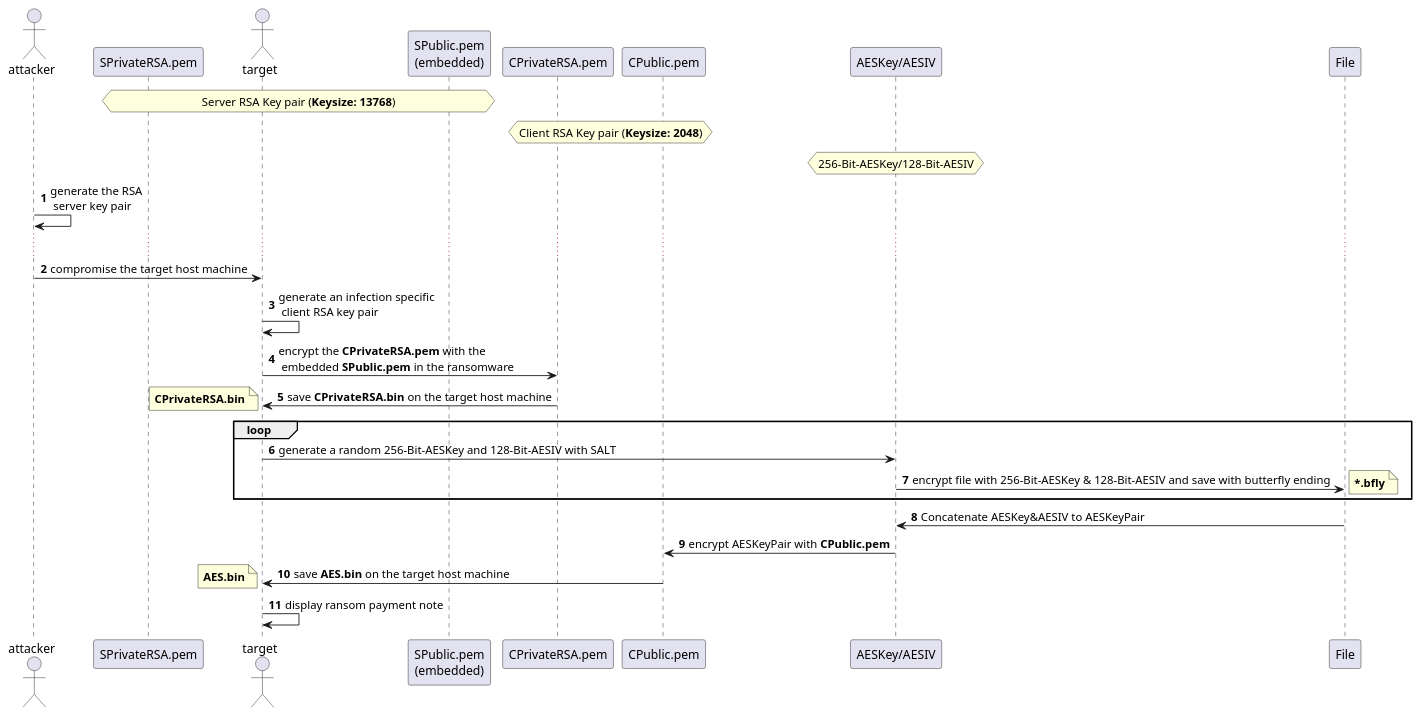
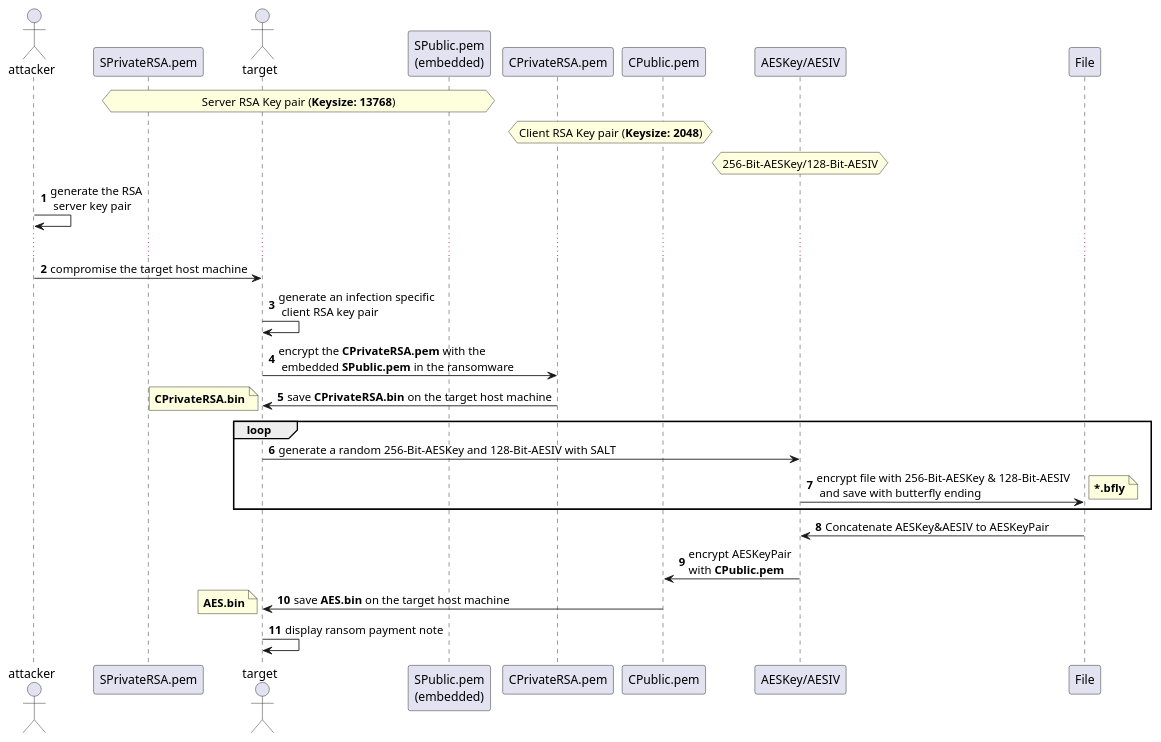
Before and after one commit to bierschi/butterfly: the diagram in architecture/sequence_diagrams/encryption.puml, drawn with PlantUML. The commit also changed 5 other files, not shown here.

Commit message:
Updated the architecture

```diff
--- a/architecture/sequence_diagrams/encryption.puml
+++ b/architecture/sequence_diagrams/encryption.puml
@@ -1,43 +1,43 @@
 @startuml
 'https://plantuml.com/sequence-diagram
 
 actor attacker
 participant SPrivateRSA.pem as SPrivate
 actor target
 participant "SPublic.pem\n(embedded)" as SPublic
 participant CPrivateRSA.pem as CPrivate
 participant CPublic.pem as CPublic
 participant "AESKey/AESIV" as AESKey
 participant File
 'participant AESKeySQL.sql as AESKeySQL
 
 autonumber
 hnote over SPrivate, SPublic: Server RSA Key pair (**Keysize: 13768**)
 hnote over CPrivate, CPublic: Client RSA Key pair (**Keysize: 2048**)
 hnote over AESKey: 256-Bit-AESKey/128-Bit-AESIV
 attacker -> attacker: generate the RSA\n server key pair
 ...
 attacker -> target: compromise the target host machine
 target -> target: generate an infection specific\n client RSA key pair
 target -> CPrivate: encrypt the **CPrivateRSA.pem** with the\n embedded **SPublic.pem** in the ransomware
 CPrivate -> target: save **CPrivateRSA.bin** on the target host machine
 note left: **CPrivateRSA.bin**
 loop
 target -> AESKey: generate a random 256-Bit-AESKey and 128-Bit-AESIV with SALT
-AESKey -> File: encrypt file with 256-Bit-AESKey & 128-Bit-AESIV and save with butterfly ending
+AESKey -> File: encrypt file with 256-Bit-AESKey & 128-Bit-AESIV\n and save with butterfly ending
 note right: **~*.bfly**
 'File -> AESKeySQL: save filepath, file hash and AESKey/AESIv pair in sql database
 
 end
 
 File->AESKey: Concatenate AESKey&AESIV to AESKeyPair
-AESKey -> CPublic: encrypt AESKeyPair with **CPublic.pem**
+AESKey -> CPublic: encrypt AESKeyPair \nwith **CPublic.pem**
 CPublic -> target: save **AES.bin** on the target host machine
 note left: **AES.bin**
 
 'AESKeySQL -> CPublic: encrypt AESKeySQL.sql with **CPublic.pem**
 'CPublic -> target: save AESKeySQL.bin on the host machine
 'note left: **AESKeySQL.bin**
 target -> target: display ransom payment note
 
 @enduml
```
